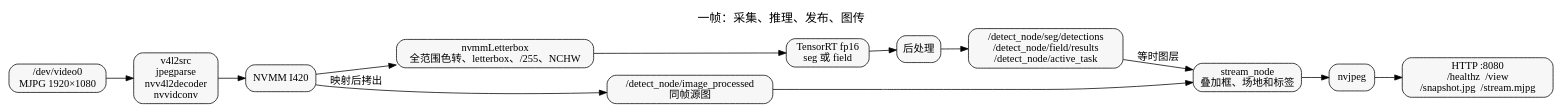
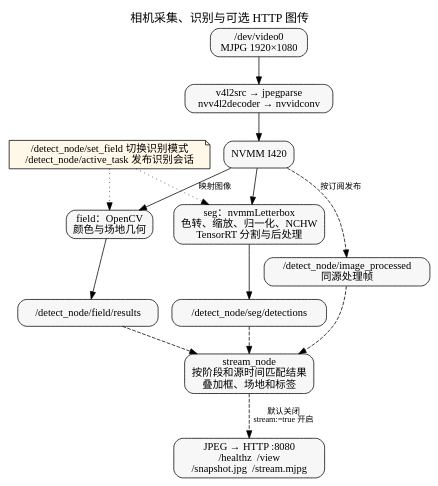
Before and after one commit to Lizzz000/gc-rescue-combined: the diagram in Jetson/docs/flowcharts/vision.dot, drawn with Graphviz. The commit also changed 92 other files, not shown here.

```diff
--- a/Jetson/docs/flowcharts/vision.dot
+++ b/Jetson/docs/flowcharts/vision.dot
@@ -1,29 +1,37 @@
 digraph vision {
   graph [
     fontname="Microsoft YaHei",
-    rankdir=LR,
-    label="一帧：采集、推理、发布、图传",
+    rankdir=TB,
+    label="相机采集、识别与可选 HTTP 图传",
     labelloc=t,
     fontsize=16
   ];
   node [fontname="Microsoft YaHei", shape=box, style="rounded,filled", fillcolor="#f7f7f7"];
-  edge [fontname="Microsoft YaHei"];
+  edge [fontname="Microsoft YaHei", fontsize=11];
 
   cam [label="/dev/video0\nMJPG 1920×1080"];
-  gst [label="v4l2src\njpegparse\nnvv4l2decoder\nnvvidconv"];
+  gst [label="v4l2src → jpegparse\nnvv4l2decoder → nvvidconv"];
   nvmm [label="NVMM I420"];
-  letter [label="nvmmLetterbox\n全范围色转、letterbox、/255、NCHW"];
-  trt [label="TensorRT fp16\nseg 或 field"];
-  post [label="后处理"];
-  topics [label="/detect_node/seg/detections\n/detect_node/field/results\n/detect_node/active_task"];
-  image [label="/detect_node/image_processed\n同帧源图"];
-  overlay [label="stream_node\n叠加框、场地和标签"];
-  jpeg [label="nvjpeg"];
-  http [label="HTTP :8080\n/healthz  /view\n/snapshot.jpg  /stream.mjpg"];
+  seg [label="seg：nvmmLetterbox\n色转、缩放、归一化、NCHW\nTensorRT 分割与后处理"];
+  field [label="field：OpenCV\n颜色与场地几何"];
+  seg_topic [label="/detect_node/seg/detections"];
+  field_topic [label="/detect_node/field/results"];
+  mode [label="/detect_node/set_field 切换识别模式\n/detect_node/active_task 发布识别会话",
+        shape=note, fillcolor="#fff8e8"];
+  image [label="/detect_node/image_processed\n同源处理帧"];
+  overlay [label="stream_node\n按阶段和源时间匹配结果\n叠加框、场地和标签"];
+  http [label="JPEG → HTTP :8080\n/healthz  /view\n/snapshot.jpg  /stream.mjpg"];
 
   cam -> gst -> nvmm;
-  nvmm -> letter -> trt -> post -> topics;
-  nvmm -> image [label="映射后拷出"];
-  image -> overlay -> jpeg -> http;
-  topics -> overlay [label="等时图层"];
+  nvmm -> seg -> seg_topic;
+  nvmm -> field [label="映射图像"];
+  field -> field_topic;
+  mode -> seg [style=dotted];
+  mode -> field [style=dotted];
+  nvmm -> image [label="按订阅发布", style=dashed];
+  image -> overlay [style=dashed];
+  seg_topic -> overlay [style=dashed];
+  field_topic -> overlay [style=dashed];
+  overlay -> http [label="默认关闭\nstream:=true 开启", style=dashed];
+  { rank=same; nvmm; mode; }
 }
```
